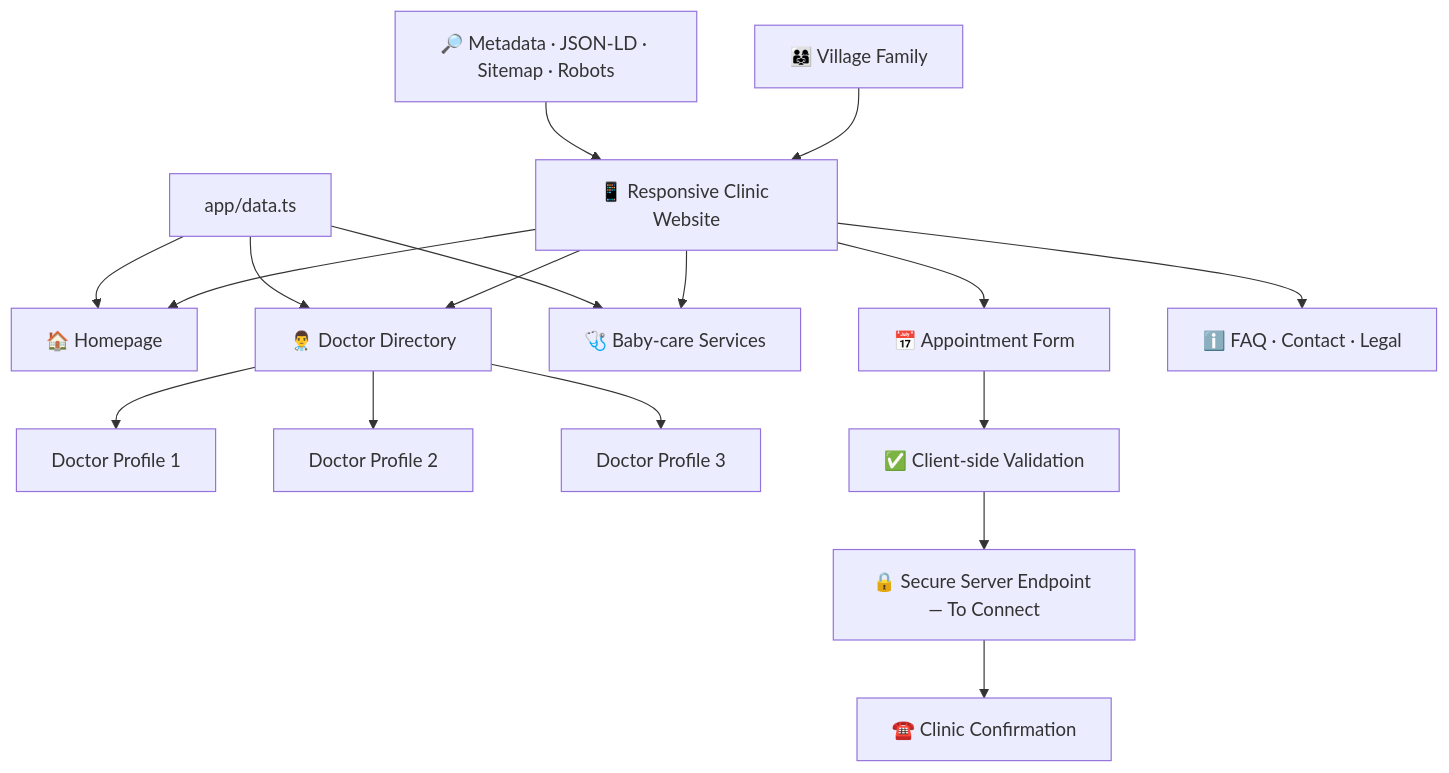
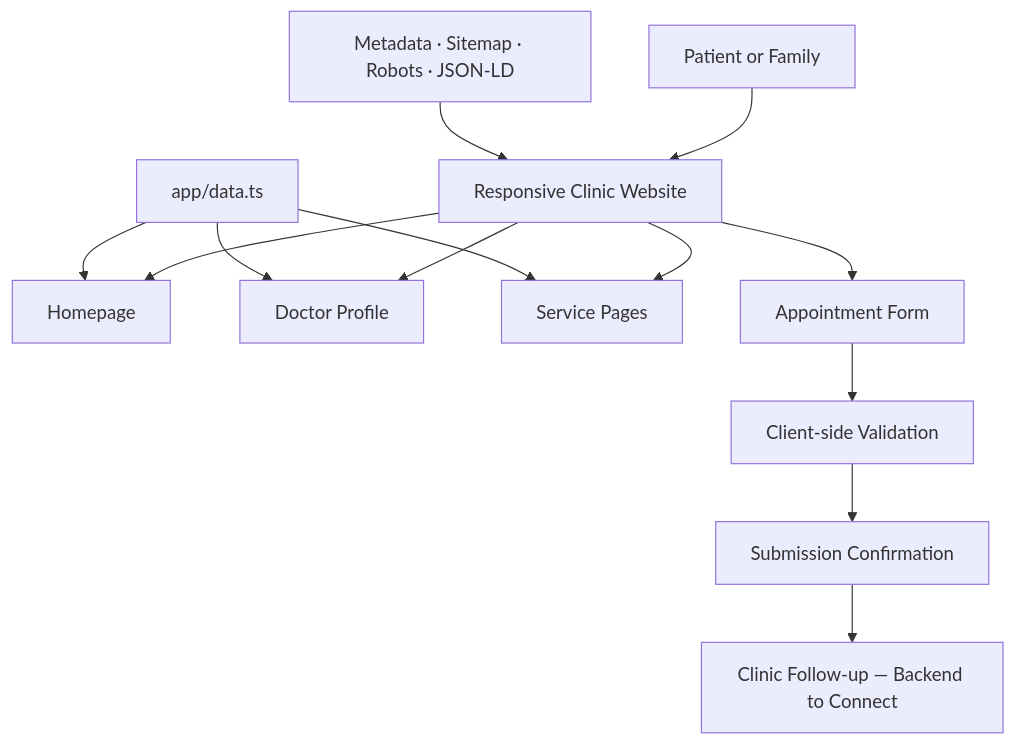
Before and after one commit to iitdeveloper-git/clinic_website: the diagram in README.md, drawn with Mermaid. The commit also changed other lines of this file and 14 other files, not shown here.

Commit message:
Redesign clinic site for gynecology care

````diff
--- a/README.md
+++ b/README.md
@@ -64,23 +45,15 @@
 ```mermaid
 flowchart TD
-    Visitor[👨‍👩‍👧 Village Family] --> UI[📱 Responsive Clinic Website]
-    UI --> Home[🏠 Homepage]
-    UI --> Doctors[👨‍⚕️ Doctor Directory]
-    UI --> Services[🩺 Baby-care Services]
-    UI --> Booking[📅 Appointment Form]
-    UI --> Info[ℹ️ FAQ · Contact · Legal]
-
-    Doctors --> Profile1[Doctor Profile 1]
-    Doctors --> Profile2[Doctor Profile 2]
-    Doctors --> Profile3[Doctor Profile 3]
-
-    Booking --> Validation[✅ Client-side Validation]
-    Validation --> SecureAPI[🔒 Secure Server Endpoint — To Connect]
-    SecureAPI --> ClinicTeam[☎️ Clinic Confirmation]
-
-    Data[app/data.ts] --> Home
-    Data --> Doctors
-    Data --> Services
-
-    SEO[🔎 Metadata · JSON-LD · Sitemap · Robots] --> UI
+    Visitor[Patient or Family] --> Website[Responsive Clinic Website]
+    Website --> Home[Homepage]
+    Website --> Doctor[Doctor Profile]
+    Website --> Services[Service Pages]
+    Website --> Booking[Appointment Form]
+    Booking --> Validation[Client-side Validation]
+    Validation --> Confirmation[Submission Confirmation]
+    Confirmation --> ClinicTeam[Clinic Follow-up — Backend to Connect]
+    Content[app/data.ts] --> Home
+    Content --> Doctor
+    Content --> Services
+    SEO[Metadata · Sitemap · Robots · JSON-LD] --> Website
 ```
````
